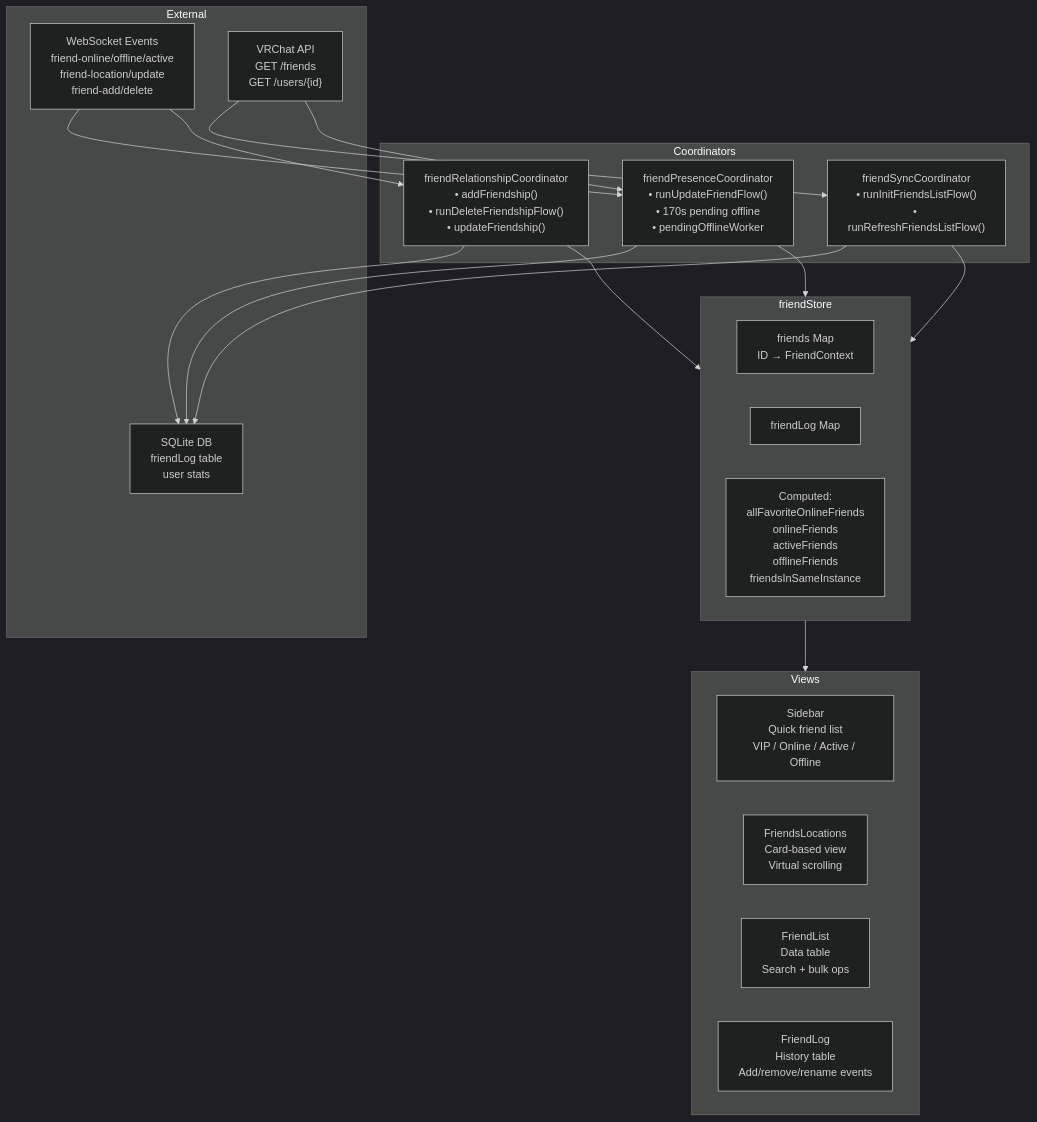
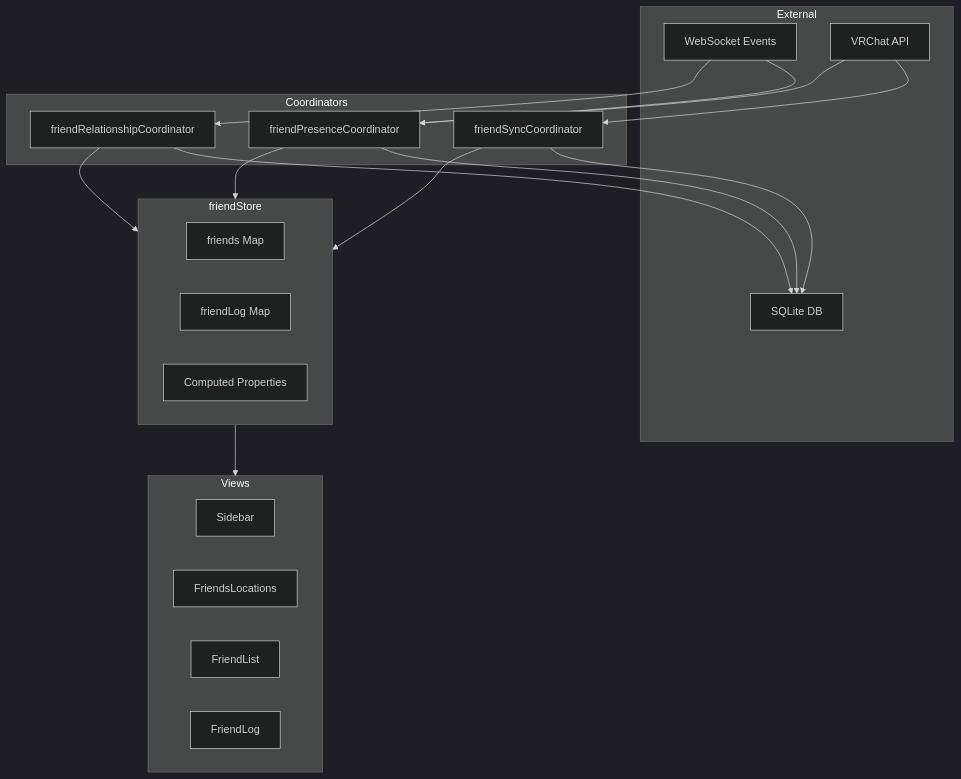
The first of 2 diagrams in en/modules/friend-system.md (Map1en/vrcx-docs), drawn with Mermaid (dark theme) before and after one commit. The commit also changed other lines of this file and 16 other files, not shown here.

````diff
--- a/en/modules/friend-system.md
+++ b/en/modules/friend-system.md
@@ -7,39 +7,39 @@
 ```mermaid
 graph TD
-    subgraph Store["friendStore"]
-        friends["friends Map<br/>ID → FriendContext"]
-        friendLog["friendLog Map"]
-        computed["Computed:<br/>allFavoriteOnlineFriends<br/>onlineFriends<br/>activeFriends<br/>offlineFriends<br/>friendsInSameInstance"]
+    subgraph External
+        ws["WebSocket Events"]
+        api["VRChat API"]
+        db["SQLite DB"]
     end
 
     subgraph Coordinators
-        sync["friendSyncCoordinator<br/>• runInitFriendsListFlow()<br/>• runRefreshFriendsListFlow()"]
-        presence["friendPresenceCoordinator<br/>• runUpdateFriendFlow()<br/>• 170s pending offline<br/>• pendingOfflineWorker"]
-        relationship["friendRelationshipCoordinator<br/>• addFriendship()<br/>• runDeleteFriendshipFlow()<br/>• updateFriendship()"]
+        relationship["friendRelationshipCoordinator"]
+        presence["friendPresenceCoordinator"]
+        sync["friendSyncCoordinator"]
+    end
+
+    subgraph Store["friendStore"]
+        friends["friends Map"]
+        friendLog["friendLog Map"]
+        computed["Computed Properties"]
     end
 
     subgraph Views
-        sidebar["Sidebar<br/>Quick friend list<br/>VIP / Online / Active / Offline"]
-        locations["FriendsLocations<br/>Card-based view<br/>Virtual scrolling"]
-        list["FriendList<br/>Data table<br/>Search + bulk ops"]
-        log["FriendLog<br/>History table<br/>Add/remove/rename events"]
-    end
-
-    subgraph External
-        ws["WebSocket Events<br/>friend-online/offline/active<br/>friend-location/update<br/>friend-add/delete"]
-        api["VRChat API<br/>GET /friends<br/>GET /users/{id}"]
-        db["SQLite DB<br/>friendLog table<br/>user stats"]
+        sidebar["Sidebar"]
+        locations["FriendsLocations"]
+        list["FriendList"]
+        log["FriendLog"]
     end
 
     ws --> presence
     ws --> relationship
     api --> sync
     api --> presence
     sync --> Store
     presence --> Store
     relationship --> Store
     Store --> Views
     relationship --> db
     presence --> db
     sync --> db
 ```
````
